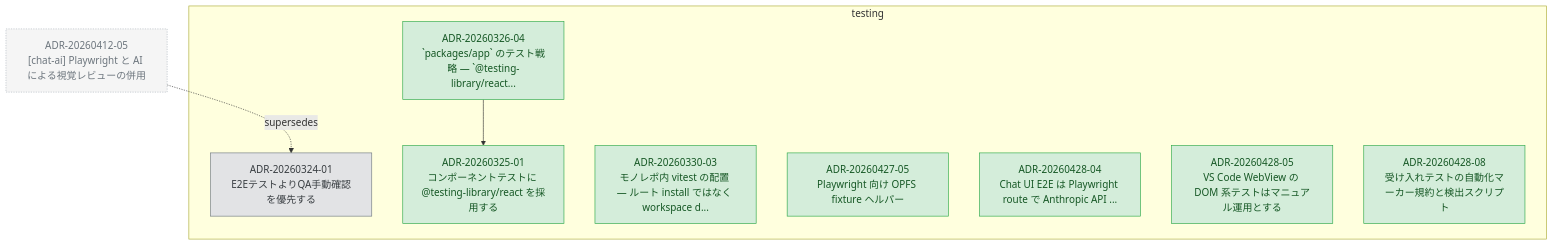
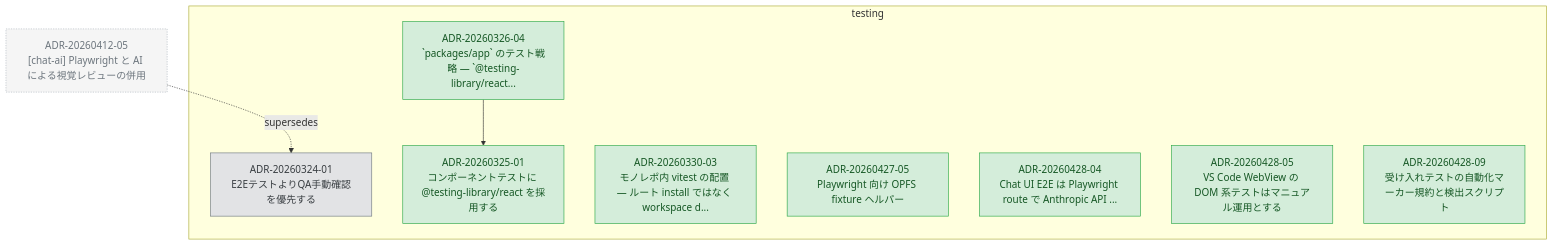
Before and after one commit to kompiro/karasu: the diagram in docs/adr/graph/testing.md, drawn with Mermaid. The commit also changed 3 other files, not shown here.

````diff
--- a/docs/adr/graph/testing.md
+++ b/docs/adr/graph/testing.md
@@ -6,32 +6,32 @@
 ```mermaid
 flowchart TD
   subgraph testing["testing"]
     ADR_20260324_01["ADR-20260324-01<br/>E2EテストよりQA手動確認を優先する"]
     ADR_20260325_01["ADR-20260325-01<br/>コンポーネントテストに @testing-library/react を採用する"]
     ADR_20260326_04["ADR-20260326-04<br/>`packages/app` のテスト戦略 — `@testing-library/react..."]
     ADR_20260330_03["ADR-20260330-03<br/>モノレポ内 vitest の配置 — ルート install ではなく workspace d..."]
     ADR_20260427_05["ADR-20260427-05<br/>Playwright 向け OPFS fixture ヘルパー"]
     ADR_20260428_04["ADR-20260428-04<br/>Chat UI E2E は Playwright route で Anthropic API ..."]
     ADR_20260428_05["ADR-20260428-05<br/>VS Code WebView の DOM 系テストはマニュアル運用とする"]
-    ADR_20260428_08["ADR-20260428-08<br/>受け入れテストの自動化マーカー規約と検出スクリプト"]
+    ADR_20260428_09["ADR-20260428-09<br/>受け入れテストの自動化マーカー規約と検出スクリプト"]
   end
   ADR_20260412_05["ADR-20260412-05<br/>[chat-ai] Playwright と AI による視覚レビューの併用"]
   ADR_20260326_04 --> ADR_20260325_01
   ADR_20260412_05 -.supersedes.-> ADR_20260324_01
 
   classDef accepted fill:#d4edda,stroke:#28a745,color:#155724
   classDef proposed fill:#fff3cd,stroke:#ffc107,color:#856404
   classDef deprecated fill:#f8d7da,stroke:#dc3545,color:#721c24
   classDef superseded fill:#e2e3e5,stroke:#6c757d,color:#383d41
   classDef not_adopted fill:#e2e3e5,stroke:#6c757d,color:#383d41,stroke-dasharray:3 3
   classDef ghost fill:#f5f5f5,stroke:#adb5bd,color:#6c757d,stroke-dasharray:2 2
   class ADR_20260324_01 superseded
   class ADR_20260325_01 accepted
   class ADR_20260326_04 accepted
   class ADR_20260330_03 accepted
   class ADR_20260427_05 accepted
   class ADR_20260428_04 accepted
   class ADR_20260428_05 accepted
-  class ADR_20260428_08 accepted
+  class ADR_20260428_09 accepted
   class ADR_20260412_05 ghost
 ```
````
